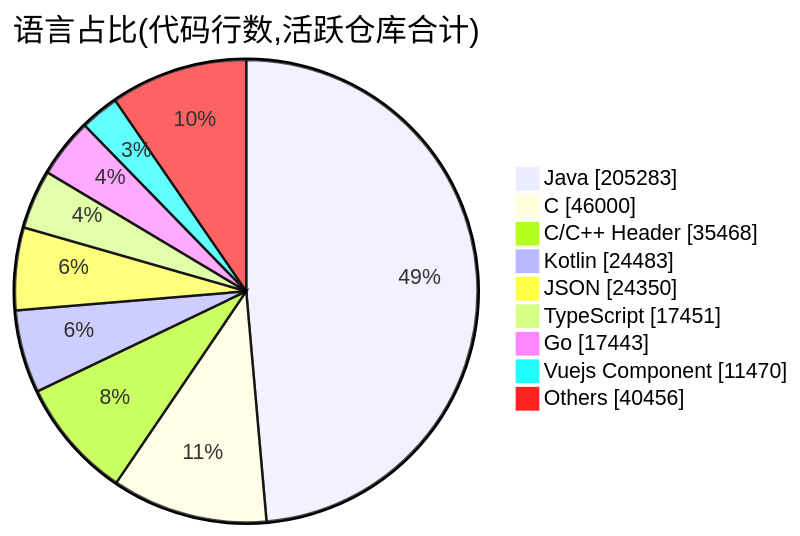
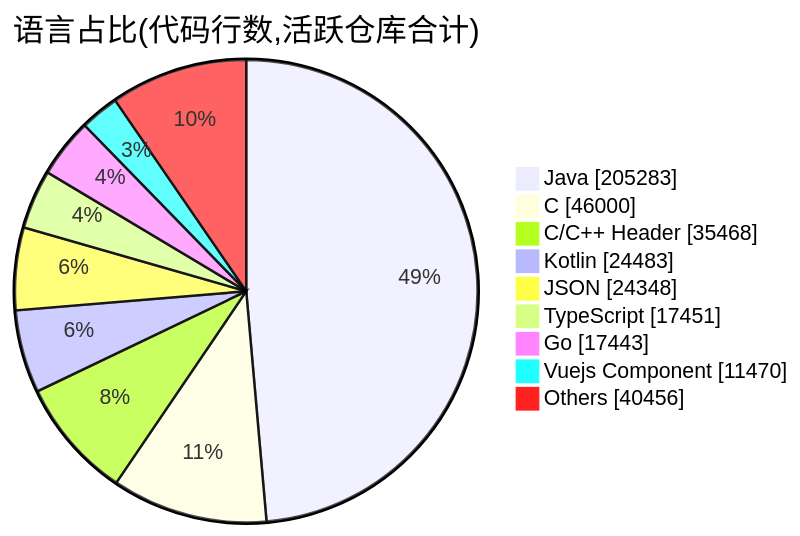
One commit to Conflux-Union/.github changed the second of 2 diagrams in profile/README.md. Above: the diagram before and after it, drawn with Mermaid. The commit also changed other lines of this file and 1 other file, not shown here.

````diff
--- a/profile/README.md
+++ b/profile/README.md
@@ -82,13 +82,13 @@
 ```mermaid
 pie showData
     title 语言占比(代码行数,活跃仓库合计)
     "Java" : 205283
     "C" : 46000
     "C/C++ Header" : 35468
     "Kotlin" : 24483
-    "JSON" : 24350
+    "JSON" : 24348
     "TypeScript" : 17451
     "Go" : 17443
     "Vuejs Component" : 11470
     "Others" : 40456
 ```
````
